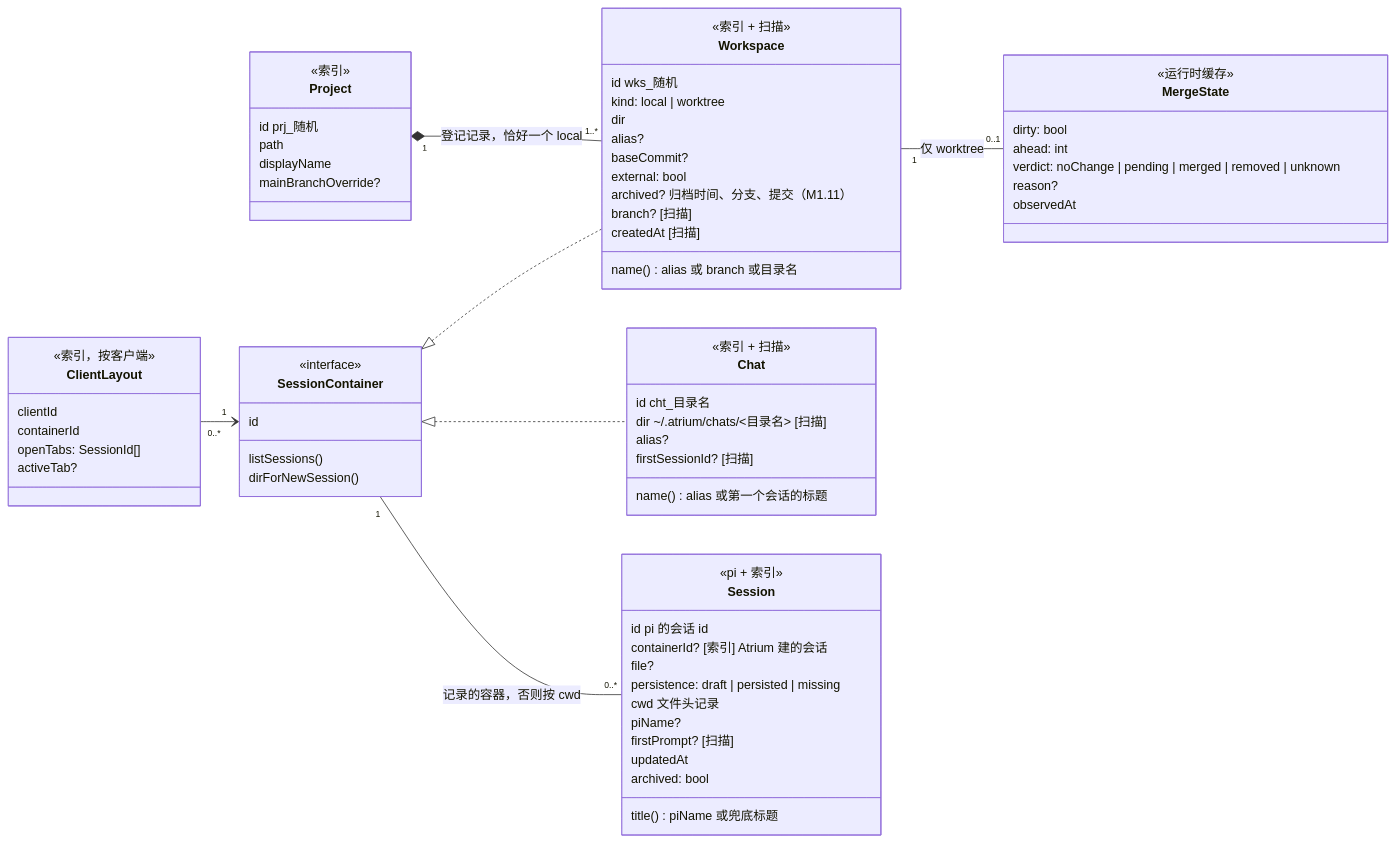
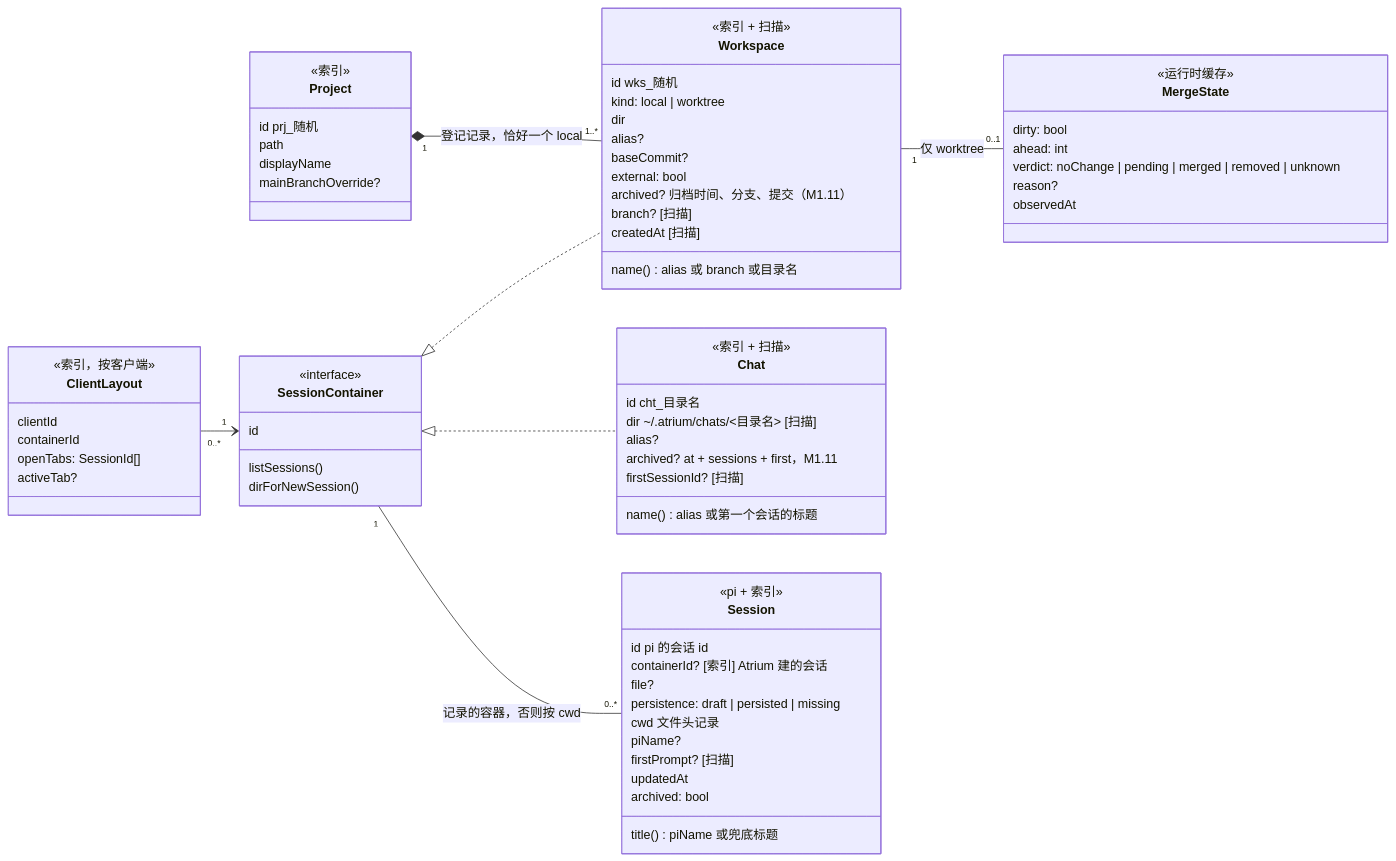
The first of 7 diagrams in docs/architecture/domain-model.md (Wan-Kai/atrium), drawn with Mermaid before and after one commit. The commit also changed other lines of this file and 32 other files, not shown here.

````diff
--- a/docs/architecture/domain-model.md
+++ b/docs/architecture/domain-model.md
@@ -25,73 +25,74 @@
 ```mermaid
 classDiagram
     direction LR
     class Project {
       <<索引>>
       id  prj_随机
       path
       displayName
       mainBranchOverride?
     }
     class Workspace {
       <<索引 + 扫描>>
       id  wks_随机
       kind: local | worktree
       dir
       alias?
       baseCommit?
       external: bool
       archived?  归档时间、分支、提交（M1.11）
       branch?  [扫描]
       createdAt  [扫描]
       name()  alias 或 branch 或目录名
     }
     class Chat {
       <<索引 + 扫描>>
       id  cht_目录名
       dir  ~/.atrium/chats/<目录名>  [扫描]
       alias?
+      archived?  at + sessions + first，M1.11
       firstSessionId?  [扫描]
       name()  alias 或第一个会话的标题
     }
     class SessionContainer {
       <<interface>>
       id
       listSessions()
       dirForNewSession()
     }
     class Session {
       <<pi + 索引>>
       id  pi 的会话 id
       containerId?  [索引] Atrium 建的会话
       file?
       persistence: draft | persisted | missing
       cwd  文件头记录
       piName?
       firstPrompt?  [扫描]
       updatedAt
       archived: bool
       title()  piName 或兜底标题
     }
     class MergeState {
       <<运行时缓存>>
       dirty: bool
       ahead: int
       verdict: noChange | pending | merged | removed | unknown
       reason?
       observedAt
     }
     class ClientLayout {
       <<索引，按客户端>>
       clientId
       containerId
       openTabs: SessionId[]
       activeTab?
     }
 
     Project "1" *-- "1..*" Workspace : 登记记录，恰好一个 local
     SessionContainer <|.. Workspace
     SessionContainer <|.. Chat
     SessionContainer "1" -- "0..*" Session : 记录的容器，否则按 cwd
     Workspace "1" -- "0..1" MergeState : 仅 worktree
     ClientLayout "0..*" --> "1" SessionContainer
 ```
````
